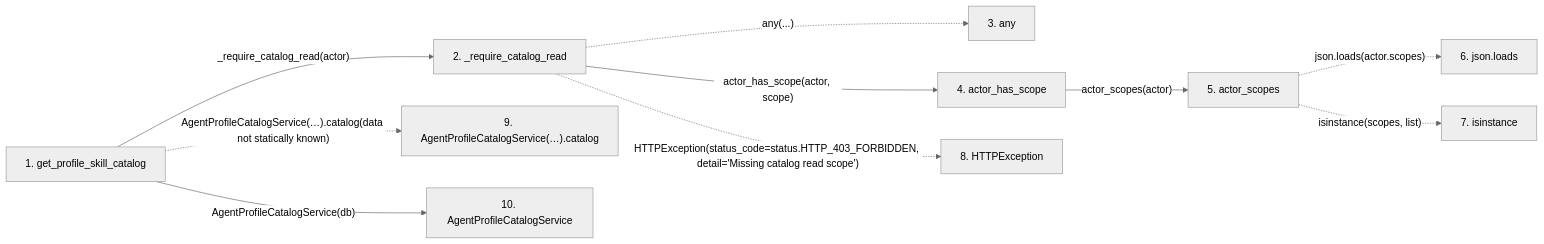
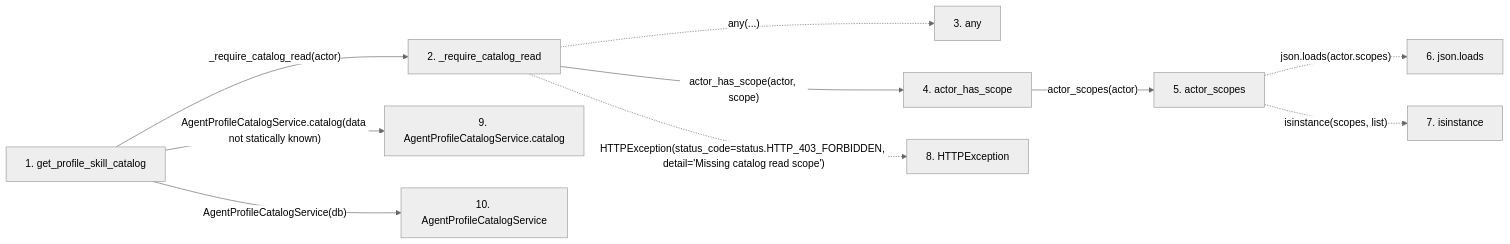
The second of 2 diagrams in docs/llm_wiki/flows/http-get_profile_skill_catalog.md (Denissvgn/WorkChord), drawn with Mermaid (neutral theme) before and after one commit. The commit also changed other lines of this file and 25171 other files, not shown here.

````diff
--- a/docs/llm_wiki/flows/http-get_profile_skill_catalog.md
+++ b/docs/llm_wiki/flows/http-get_profile_skill_catalog.md
@@ -36,27 +68,28 @@
 ```mermaid
 flowchart LR
     s1["1. get_profile_skill_catalog"]
     s2["2. _require_catalog_read"]
     s3["3. any"]
     s4["4. actor_has_scope"]
     s5["5. actor_scopes"]
     s6["6. json.loads"]
     s7["7. isinstance"]
     s8["8. HTTPException"]
-    s9["9. AgentProfileCatalogService(…).catalog"]
+    s9["9. AgentProfileCatalogService.catalog"]
     s10["10. AgentProfileCatalogService"]
     s1 -->|"_require_catalog_read(actor)"| s2
     s2 -. "any(...)" .-> s3
     s2 -->|"actor_has_scope(actor, scope)"| s4
     s4 -->|"actor_scopes(actor)"| s5
     s5 -. "json.loads(actor.scopes)" .-> s6
     s5 -. "isinstance(scopes, list)" .-> s7
     s2 -. "HTTPException(status_code=status.HTTP_403_FORBIDDEN, detail='Missing catalog read scope')" .-> s8
-    s1 -. "AgentProfileCatalogService(…).catalog(data not statically known)" .-> s9
+    s1 -->|"AgentProfileCatalogService.catalog(data not statically known)"| s9
     s1 -->|"AgentProfileCatalogService(db)"| s10
     click s1 "../modules/agent_catalog.md"
     click s2 "../modules/agent_catalog.md"
     click s4 "../modules/agent_service.md"
     click s5 "../modules/agent_service.md"
+    click s9 "../modules/agent_profile_catalog_service.md"
     click s10 "../modules/agent_profile_catalog_service.md"
 ```
````
